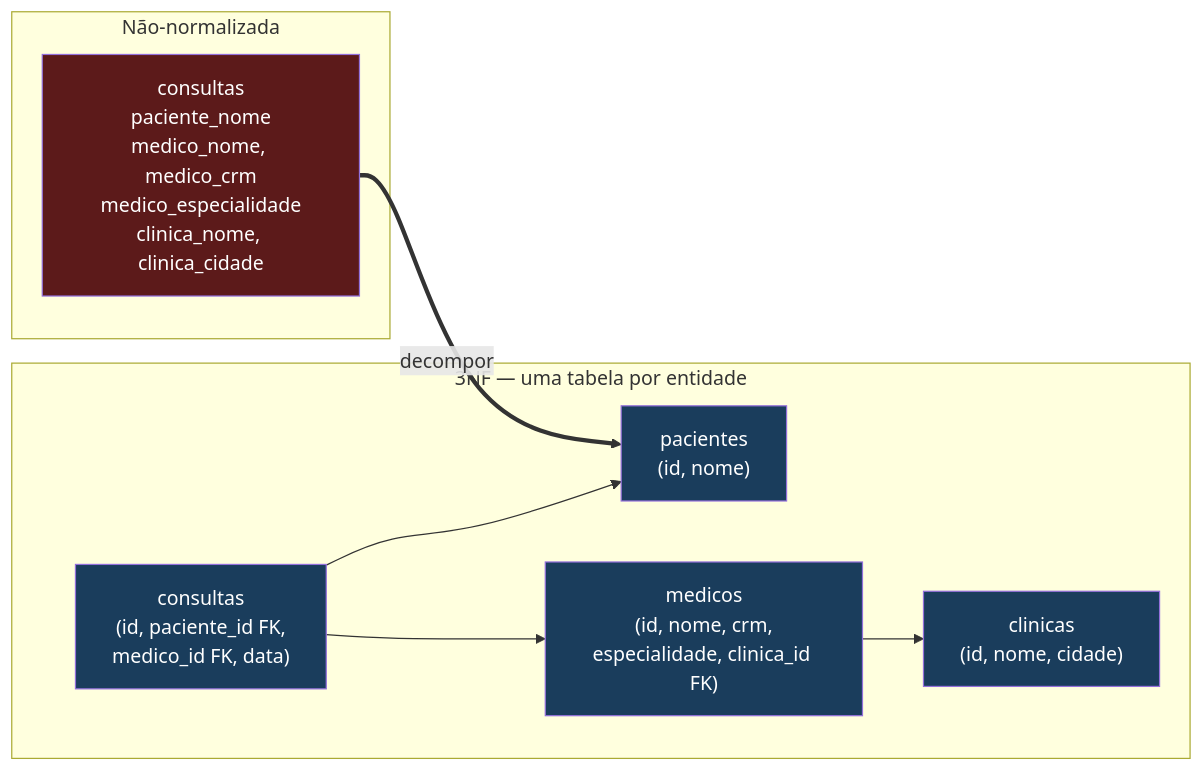
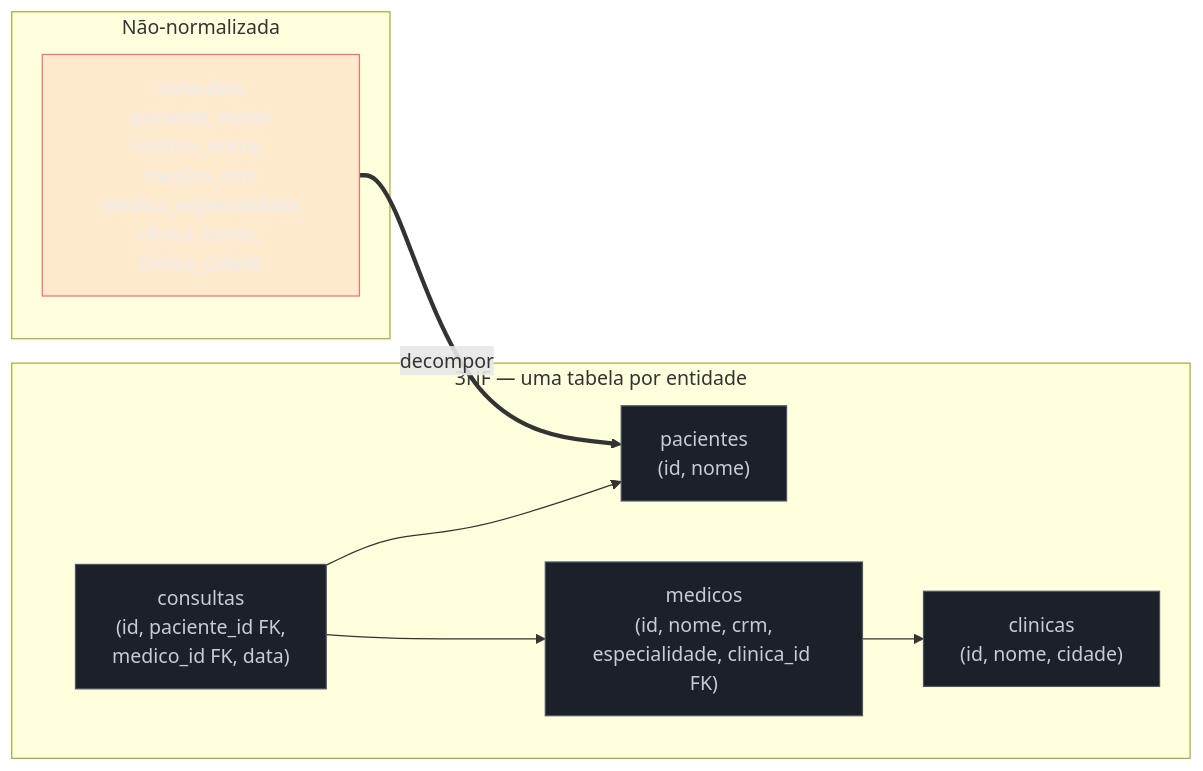
One commit to josenaldo/codex-technomanticus changed the second of 6 diagrams in 03-Dominios/Ciência/Banco de Dados/04 - Modelagem e normalização.md. Above: the diagram before and after it, drawn with Mermaid. The commit also changed other lines of this file and 1181 other files, not shown here.

First line of the commit message:
fix(diagramas): paleta do sistema no lugar de cor cravada no markdown

````diff
--- a/03-Dominios/Ciência/Banco de Dados/04 - Modelagem e normalização.md
+++ b/03-Dominios/Ciência/Banco de Dados/04 - Modelagem e normalização.md
@@ -145,22 +146,24 @@
 ```mermaid
 flowchart LR
+    classDef falha fill:#FF6B6B24,stroke:#FF6B6B,color:#E9ECF2
+    classDef neutro fill:#1B2029,stroke:#4E5666,color:#C6CCD8
     subgraph A["Não-normalizada"]
         T0["consultas<br/>paciente_nome<br/>medico_nome, medico_crm<br/>medico_especialidade<br/>clinica_nome, clinica_cidade"]
     end
     subgraph B["3NF — uma tabela por entidade"]
         P["pacientes<br/>(id, nome)"]
         M["medicos<br/>(id, nome, crm,<br/>especialidade, clinica_id FK)"]
         C["clinicas<br/>(id, nome, cidade)"]
         CO["consultas<br/>(id, paciente_id FK,<br/>medico_id FK, data)"]
     end
     T0 ==>|decompor| P
     CO --> P
     CO --> M
     M --> C
 
-    style T0 fill:#5c1a1a,color:#fff
-    style P fill:#1a3d5c,color:#fff
-    style M fill:#1a3d5c,color:#fff
-    style C fill:#1a3d5c,color:#fff
-    style CO fill:#1a3d5c,color:#fff
+    class T0 falha
+    class P neutro
+    class M neutro
+    class C neutro
+    class CO neutro
 ```
````
